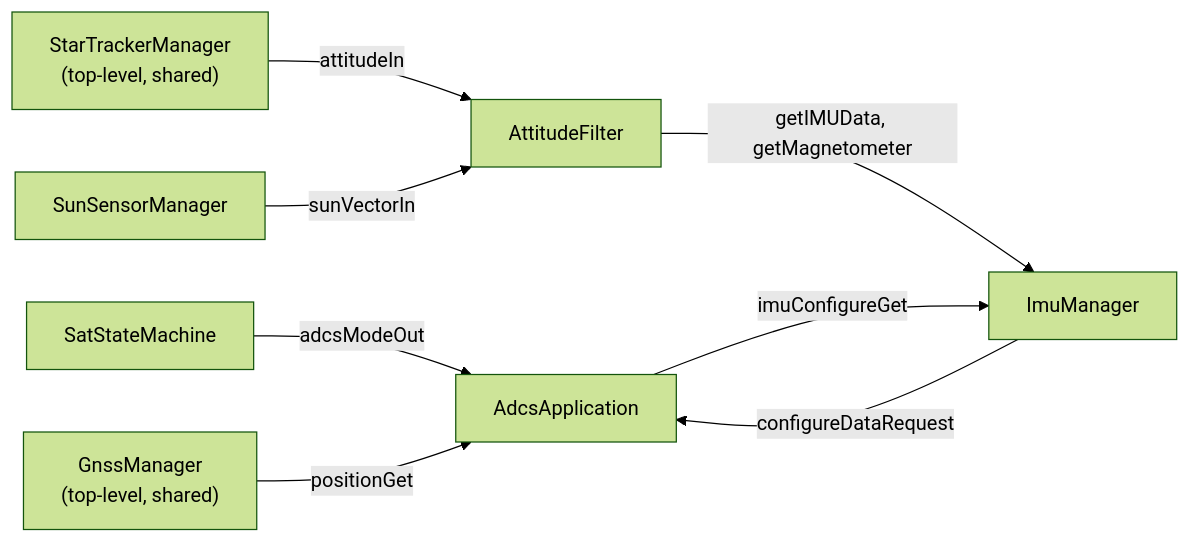
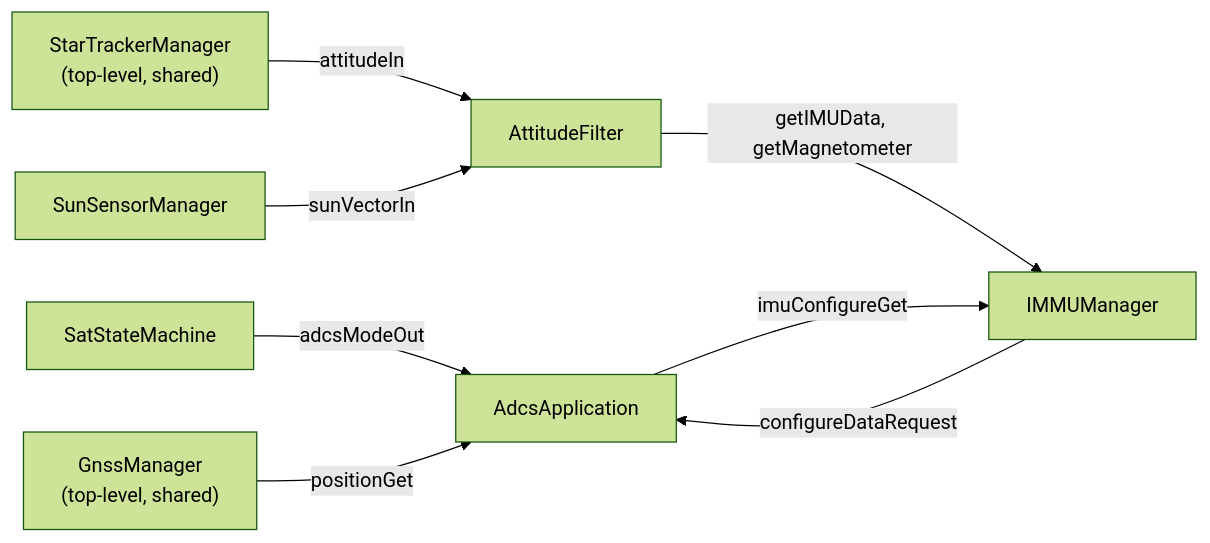
Before and after one commit to UWCubeSat/hs2-software-design: the first of 3 diagrams in docs/Adcs/AdcsApplication.md, drawn with Mermaid (forest theme). The commit also changed other lines of this file, not shown here.

Commit message:
docs: rename ImuManager to IMMUManager

````diff
--- a/docs/Adcs/AdcsApplication.md
+++ b/docs/Adcs/AdcsApplication.md
@@ -147,10 +147,10 @@
 ```mermaid
 flowchart LR
     SSM["SatStateMachine"] -->|adcsModeOut| App["AdcsApplication"]
     Gnss["GnssManager<br/>(top-level, shared)"] -->|positionGet| App
     StarTracker["StarTrackerManager<br/>(top-level, shared)"] -->|attitudeIn| Filter["AttitudeFilter"]
-    Filter -->|getIMUData, getMagnetometer| Imu["ImuManager"]
+    Filter -->|getIMUData, getMagnetometer| Imu["IMMUManager"]
     Sun["SunSensorManager"] -->|sunVectorIn| Filter
     Imu -->|configureDataRequest| App
     App -->|imuConfigureGet| Imu
 ```
````
